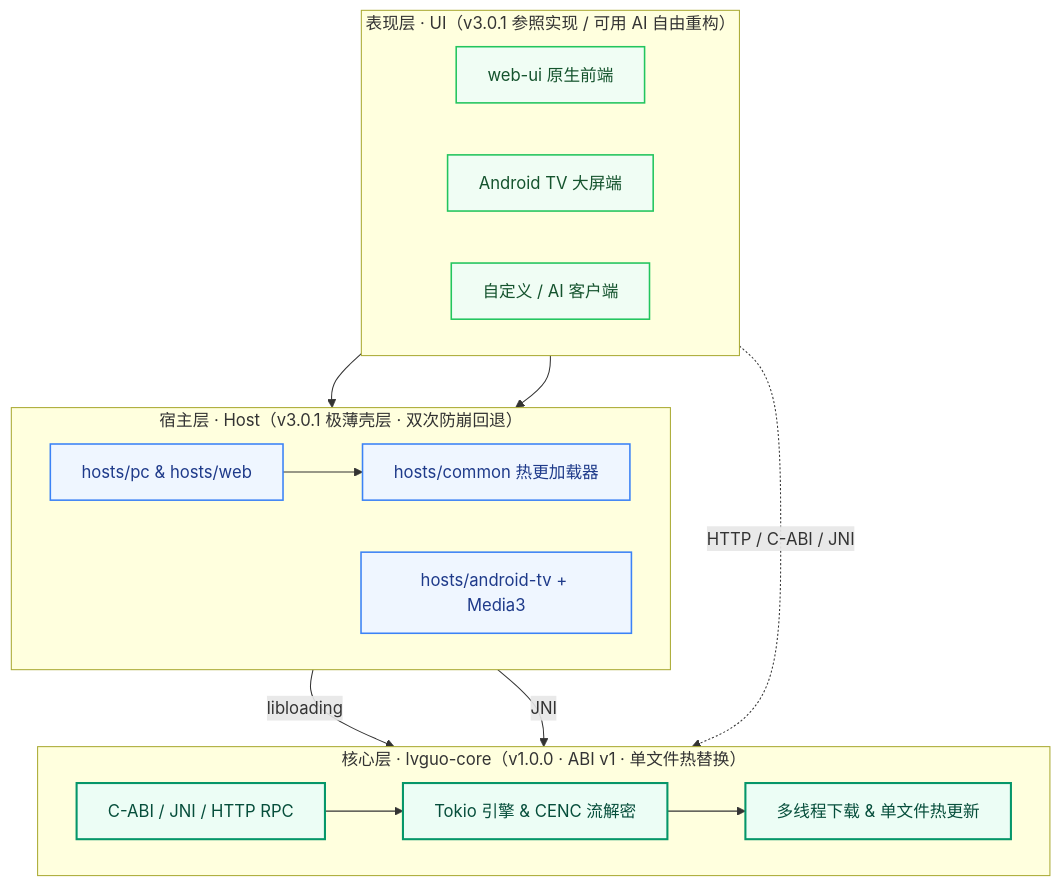
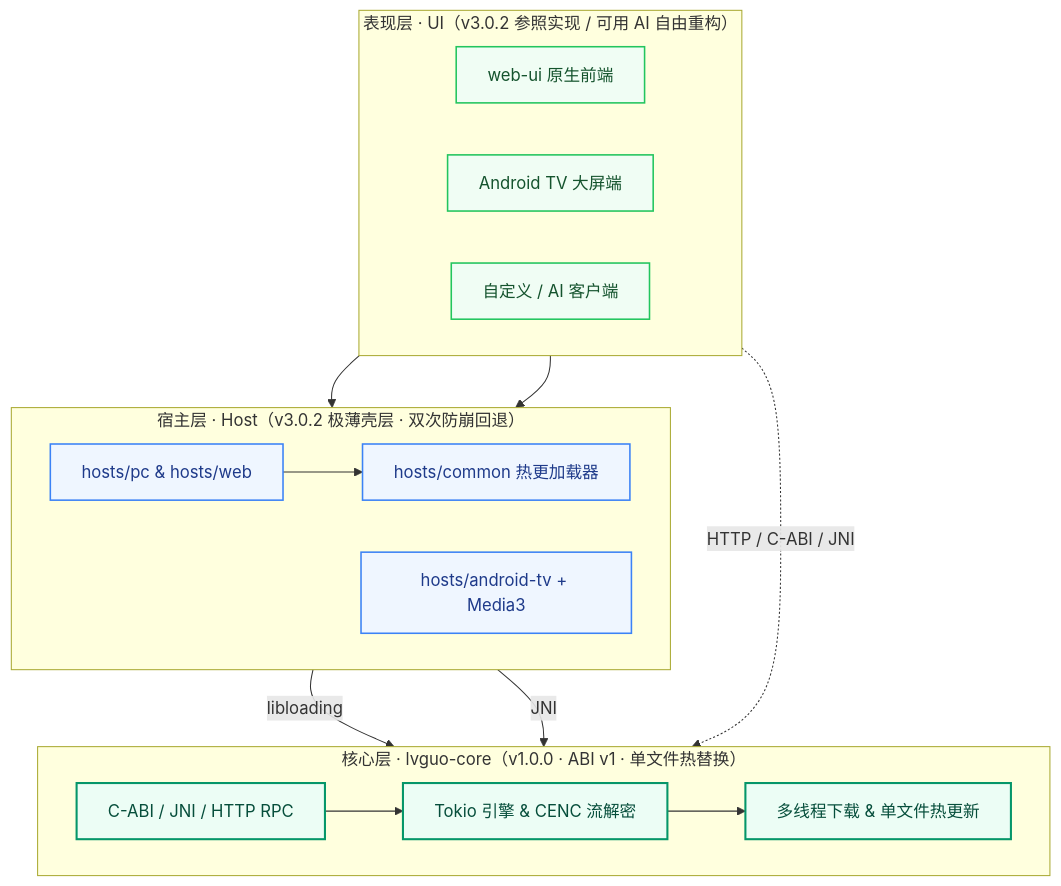
Before and after one commit to Amor5207/lvguo-core: the diagram in README.md, drawn with Mermaid. The commit also changed other lines of this file and 14 other files, not shown here.

````diff
--- a/README.md
+++ b/README.md
@@ -105,36 +105,36 @@
 ```mermaid
 flowchart TB
-    subgraph UI["表现层 · UI（v3.0.1 参照实现 / 可用 AI 自由重构）"]
+    subgraph UI["表现层 · UI（v3.0.2 参照实现 / 可用 AI 自由重构）"]
         direction LR
         WebUI["web-ui 原生前端"]
         TvUI["Android TV 大屏端"]
         CustomUI["自定义 / AI 客户端"]
     end
 
-    subgraph HOST["宿主层 · Host（v3.0.1 极薄壳层 · 双次防崩回退）"]
+    subgraph HOST["宿主层 · Host（v3.0.2 极薄壳层 · 双次防崩回退）"]
         direction LR
         PcWeb["hosts/pc & hosts/web"]
         Common["hosts/common 热更加载器"]
         TvHost["hosts/android-tv + Media3"]
     end
 
     subgraph CORE["核心层 · lvguo-core（v1.0.0 · ABI v1 · 单文件热替换）"]
         direction LR
         Boundary["C-ABI / JNI / HTTP RPC"]
         Stream["Tokio 引擎 & CENC 流解密"]
         Delivery["多线程下载 & 单文件热更新"]
     end
 
     WebUI --> PcWeb --> Common
     Common -->|"libloading"| Boundary
     TvUI --> TvHost -->|"JNI"| Boundary
     CustomUI -.->|"HTTP / C-ABI / JNI"| Boundary
     Boundary --> Stream --> Delivery
 
     classDef uiCls fill:#f0fdf4,stroke:#22c55e,color:#14532d,stroke-width:1.5px
     classDef hostCls fill:#eff6ff,stroke:#3b82f6,color:#1e3a8a,stroke-width:1.5px
     classDef coreCls fill:#ecfdf5,stroke:#059669,color:#064e3b,stroke-width:2px
     class WebUI,TvUI,CustomUI uiCls
     class PcWeb,Common,TvHost hostCls
     class Boundary,Stream,Delivery coreCls
 ```
````
